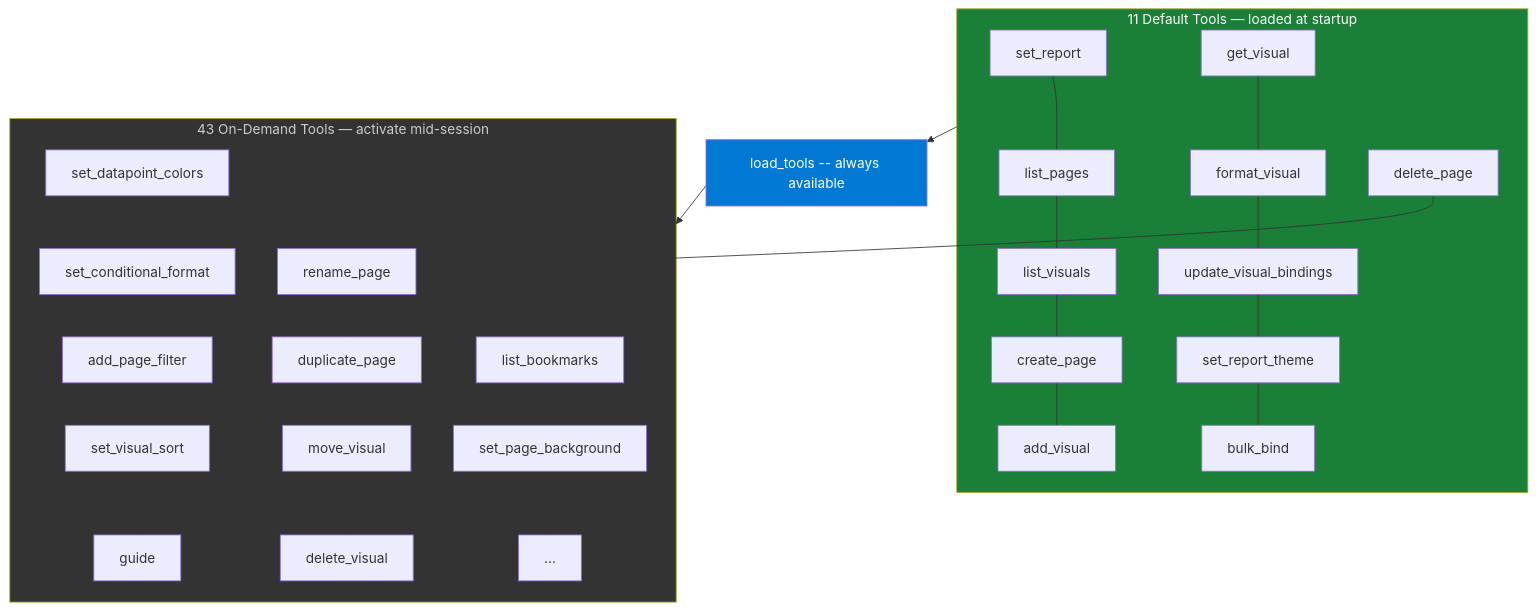
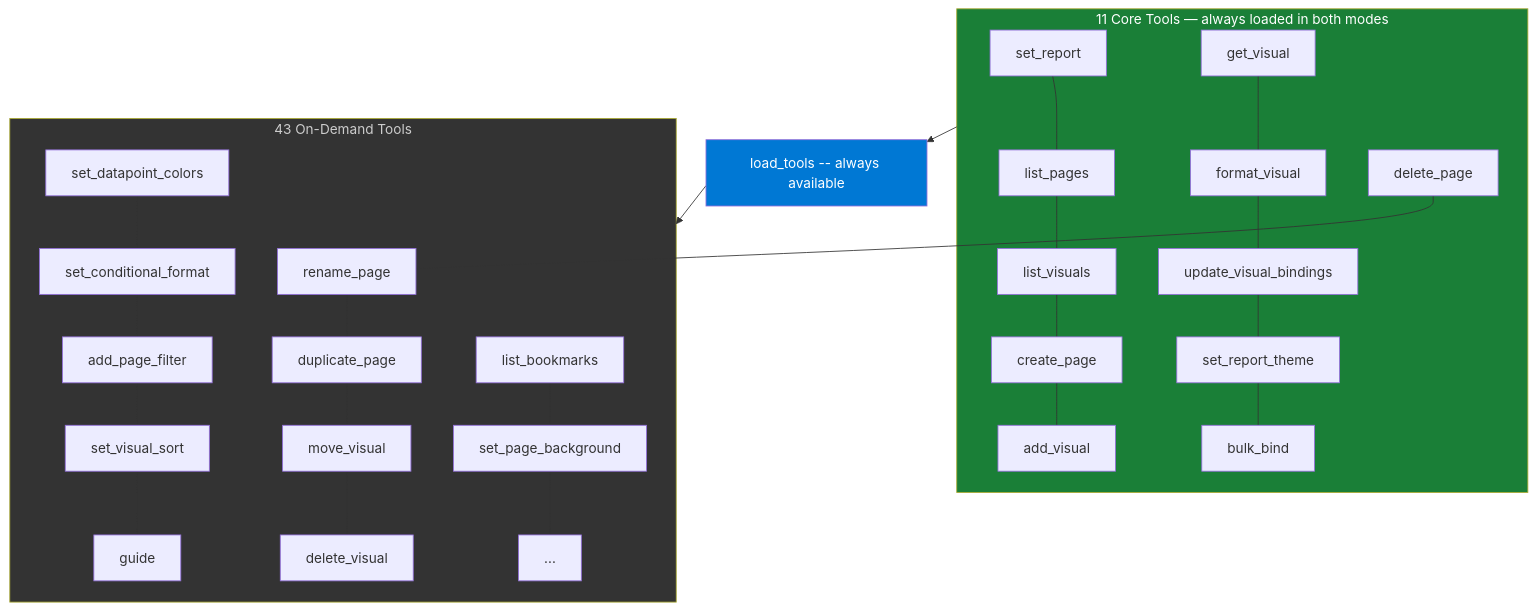
The second of 3 diagrams in README.md (Edgargm87/powerbi-report-mcp), drawn with Mermaid before and after one commit. The commit also changed other lines of this file and 5 other files, not shown here.

````diff
--- a/README.md
+++ b/README.md
@@ -157,22 +163,22 @@
 ```mermaid
 graph TD
-    subgraph DEFAULT["11 Default Tools — loaded at startup"]
+    subgraph DEFAULT["11 Core Tools — always loaded in both modes"]
         A1[set_report] --- A2[list_pages] --- A3[list_visuals] --- A4[create_page] --- A5[add_visual]
         B1[get_visual] --- B2[format_visual] --- B3[update_visual_bindings] --- B4[set_report_theme] --- B5[bulk_bind]
         C1[model_usage]
     end
 
     LT[load_tools -- always available]
 
-    subgraph ONDEMAND["43 On-Demand Tools — activate mid-session"]
+    subgraph ONDEMAND["43 On-Demand Tools"]
         C1[delete_page] --- C2[rename_page] --- C3[duplicate_page] --- C4[move_visual] --- C5[delete_visual]
         D1[set_datapoint_colors] --- D2[set_conditional_format] --- D3[add_page_filter] --- D4[set_visual_sort] --- D5[guide]
         E1[list_bookmarks] --- E2[set_page_background] --- E3[...]
     end
 
     DEFAULT --> LT --> ONDEMAND
 
     style DEFAULT fill:#1a7f37,color:#fff
     style ONDEMAND fill:#333,color:#ccc
     style LT fill:#0078D4,color:#fff
 ```
````
